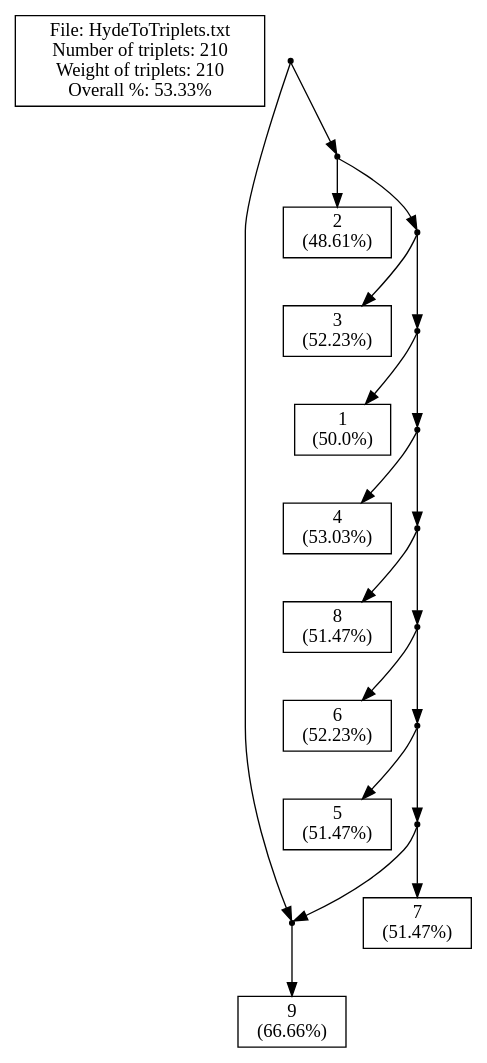
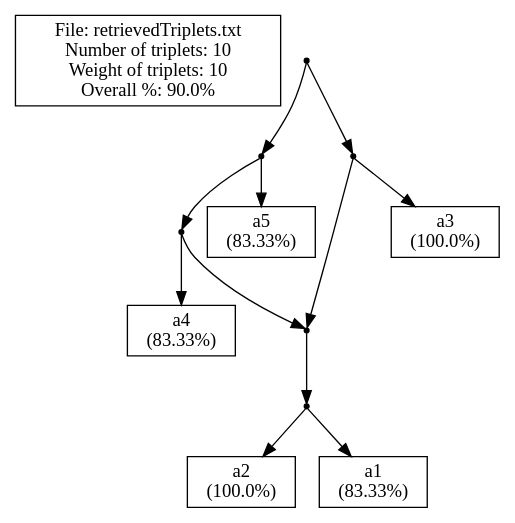
One commit to solislemuslab/phylo-knit changed the diagram in src/Server/cExample1.dot. Above: the diagram before and after it, drawn with Graphviz. The commit also changed 7 other files, not shown here.

```diff
--- a/src/Server/cExample1.dot
+++ b/src/Server/cExample1.dot
@@ -1,66 +1,52 @@
 // LEV1ATHAN Version 1.0, 21 september 2009
 // COMMENT: Pre-processing the input file to count the leaves
-// COMMENT: Pre-processing showed that there are 9 leaves in the input.
-// SUMMARY: Input had 9 leaves.
+// COMMENT: Pre-processing showed that there are 5 leaves in the input.
+// SUMMARY: Input had 5 leaves.
 // USER-SETTING: Will *not* post-process output to collapse edges.
 // COMMENT: Triplet set is already dense.
-// SUMMARY: There are 210 triplets in the input.
-// SUMMARY: Total weight of input triplets is 210.
+// SUMMARY: There are 10 triplets in the input.
+// SUMMARY: Total weight of input triplets is 10.
 // SUMMARY: (Before post-processing)
-// SUMMARY: We got 112 units of triplet weight, that's 53.33% of total weight.
-// SUMMARY: In total 98 units of triplet weight were -not- consistent with the ouput network.
-// SUMMARY: Output network contained 0 triplets -not- in the original input.
-// SUMMARY: The symmetric difference is thus 98 + (1 * 0) = 98
+// SUMMARY: We got 9 units of triplet weight, that's 90.0% of total weight.
+// SUMMARY: In total 1 units of triplet weight were -not- consistent with the ouput network.
+// SUMMARY: Output network contained 7 triplets -not- in the original input.
+// SUMMARY: The symmetric difference is thus 1 + (1 * 7) = 8
 // SUMMARY: (After post-processing)
 strict digraph G1 {
 edge [fontsize=8]
-labelbox [shape=box, width=0.4, label="File: HydeToTriplets.txt\nNumber of triplets: 210\nWeight of triplets: 210\nOverall %: 53.33%"];
+labelbox [shape=box, width=0.4, label="File: retrievedTriplets.txt\nNumber of triplets: 10\nWeight of triplets: 10\nOverall %: 90.0%"];
 1000 [shape=point];
 1001 [shape=point];
-9 [shape=box, width=0.3, label="9\n(66.66%)"];
+1002 [shape=point];
 1003 [shape=point];
-1 [shape=box, width=0.3, label="2\n(48.61%)"];
-1005 [shape=point];
-3 [shape=box, width=0.3, label="3\n(52.23%)"];
-1007 [shape=point];
-2 [shape=box, width=0.3, label="1\n(50.0%)"];
+1004 [shape=point];
+1 [shape=box, width=0.3, label="a2\n(100.0%)"];
+2 [shape=box, width=0.3, label="a1\n(83.33%)"];
+3 [shape=box, width=0.3, label="a4\n(83.33%)"];
+4 [shape=box, width=0.3, label="a5\n(83.33%)"];
 1009 [shape=point];
-4 [shape=box, width=0.3, label="4\n(53.03%)"];
-1011 [shape=point];
-8 [shape=box, width=0.3, label="8\n(51.47%)"];
-1013 [shape=point];
-6 [shape=box, width=0.3, label="6\n(52.23%)"];
-1015 [shape=point];
-5 [shape=box, width=0.3, label="5\n(51.47%)"];
-1017 [shape=point];
-7 [shape=box, width=0.3, label="7\n(51.47%)"];
+5 [shape=box, width=0.3, label="a3\n(100.0%)"];
 1000 -> 1001
-1000 -> 1003
-1001 -> 9
-1003 -> 1
-1003 -> 1005
-1005 -> 3
-1005 -> 1007
-1007 -> 2
-1007 -> 1009
-1009 -> 4
-1009 -> 1011
-1011 -> 8
-1011 -> 1013
-1013 -> 6
-1013 -> 1015
-1015 -> 5
-1015 -> 1017
-1017 -> 7
-1017 -> 1001
-1001 -> 9
+1000 -> 1009
+1001 -> 1002
+1001 -> 4
+1002 -> 1003
+1002 -> 3
+1003 -> 1004
+1004 -> 1
+1004 -> 2
+1009 -> 5
+1009 -> 1003
+1003 -> 1004
+1004 -> 1
+1004 -> 2
 }
-// SUMMARY: eNewick output: ((9)#H1,(2,(3,(1,(4,(8,(6,(5,(7,#H1)))))))));
-// SUMMARY: In total 98 units of triplet weight were -not- consistent with the ouput network.
-// SUMMARY: Output network contained 0 triplets -not- in the original input.
+// SUMMARY: eNewick output: (((((a2,a1))#H1,a4),a5),(a3,#H1));
+// SUMMARY: In total 1 units of triplet weight were -not- consistent with the ouput network.
+// SUMMARY: Output network contained 7 triplets -not- in the original input.
 // SUMMARY: Weight of missing triplets before contraction minus weight of missing triplets afterwards: 0
 // SUMMARY: Number of surplus triplets before contraction minus number of surplus triplets afterwards: 0
-// CONCLUSION: After post-processing we got 112 units of triplet weight, that's 53.33% of total weight (before post-processing this was 53.33%).
-// CONCLUSION: After post-processing the symmetric difference is thus 98 + (1 * 0) = 98 (before post-processing this was 98)
-// STAT: PERCENTAGE = 53.33
-// STAT: NETWORK-TRIPLET SD = 98
+// CONCLUSION: After post-processing we got 9 units of triplet weight, that's 90.0% of total weight (before post-processing this was 90.0%).
+// CONCLUSION: After post-processing the symmetric difference is thus 1 + (1 * 7) = 8 (before post-processing this was 8)
+// STAT: PERCENTAGE = 90.0
+// STAT: NETWORK-TRIPLET SD = 8
```
